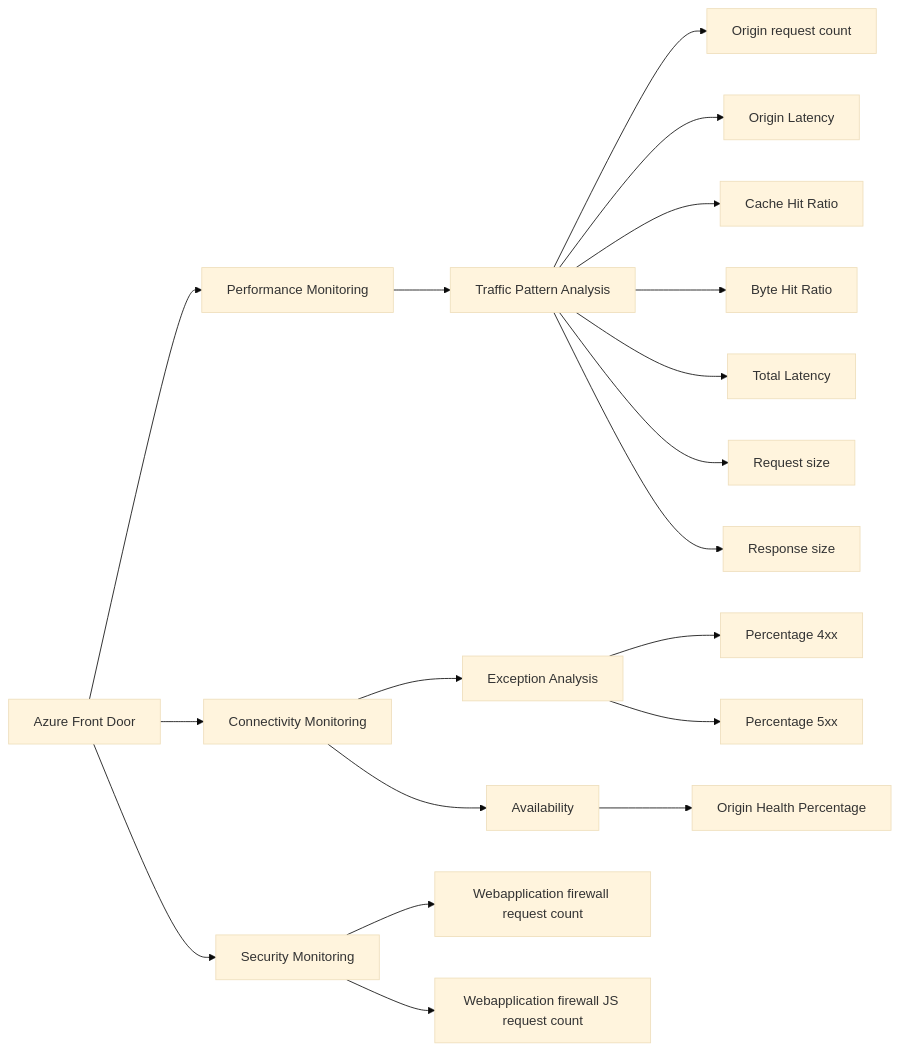
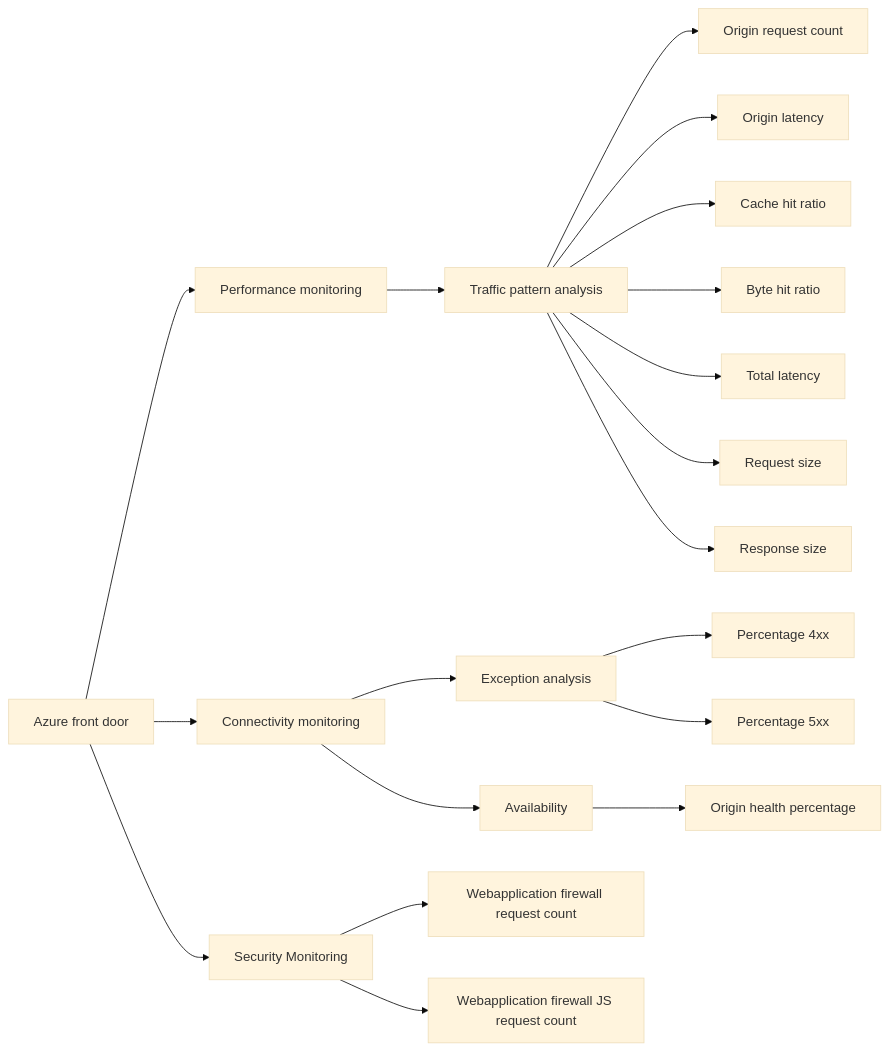
One commit to Azure/azure-monitor-baseline-alerts changed the diagram in services/Network/frontdoors/_index.md. Above: the diagram before and after it, drawn with Mermaid (base theme). The commit also changed other lines of this file, not shown here.

Commit message:
azure front door monitoring quality check and minor fixes.

````diff
--- a/services/Network/frontdoors/_index.md
+++ b/services/Network/frontdoors/_index.md
@@ -31,25 +31,25 @@
 ```mermaid
 flowchart LR
-    AFD[Azure Front Door]-->A[Performance Monitoring]
-    A-->A1[Traffic Pattern Analysis]
+    AFD[Azure front door]-->A[Performance monitoring]
+    A-->A1[Traffic pattern analysis]
     A1-->A3[Origin request count]
-    A1-->A4[Origin Latency]
-    A1-->A5[Cache Hit Ratio]
-    A1-->A6[Byte Hit Ratio]
-    A1-->A7[Total Latency]
+    A1-->A4[Origin latency]
+    A1-->A5[Cache hit ratio]
+    A1-->A6[Byte hit ratio]
+    A1-->A7[Total latency]
     A1-->A8[Request size]
     A1-->A9[Response size]
 
-    AFD-->B[Connectivity Monitoring]
-    B-->B1[Exception Analysis]
+    AFD-->B[Connectivity monitoring]
+    B-->B1[Exception analysis]
     B1-->B2[Percentage 4xx]
     B1-->B3[Percentage 5xx]
     B-->B4[Availability]
-    B4-->B5[Origin Health Percentage]
+    B4-->B5[Origin health percentage]
 
     AFD-->D[Security Monitoring]
     D-->D1[Webapplication firewall request count]
     D-->D2[Webapplication firewall JS request count]
 
 
 ```
````
